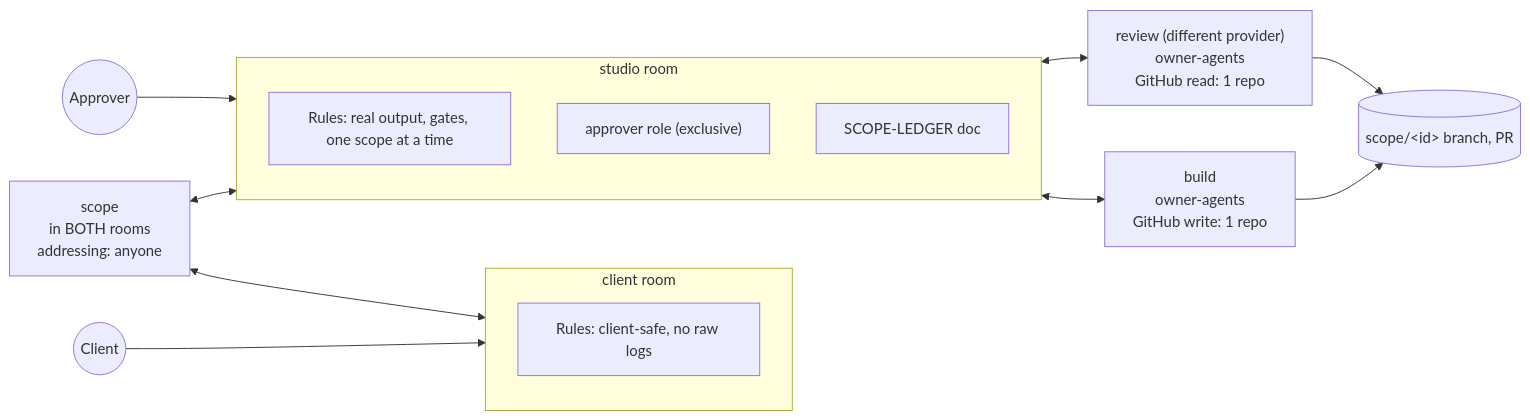
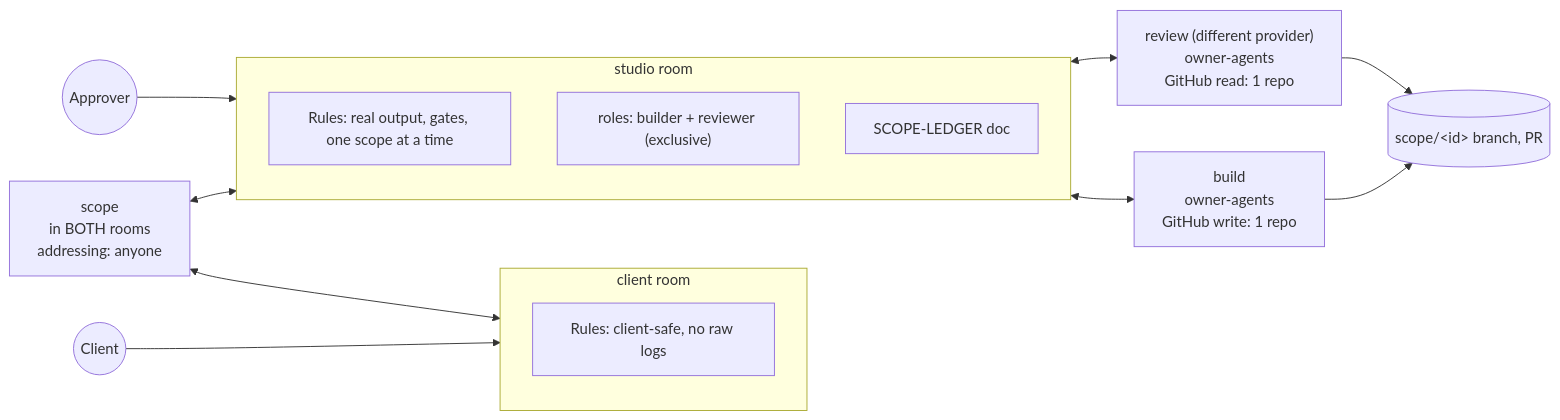
The second of 2 diagrams in README.md (MuhammadFaizan-prog/scoperoom), drawn with Mermaid before and after one commit. The commit also changed other lines of this file and 10 other files, not shown here.

Commit message:
docs: align every doc with the verified template (approver = deployer, builder/reviewer roles, Import template)

````diff
--- a/README.md
+++ b/README.md
@@ -95,21 +95,21 @@
 ```mermaid
 flowchart LR
     Client((Client)) --> CR
     subgraph CR["client room"]
       direction TB
       CRI["Rules: client-safe, no raw logs"]
     end
     subgraph SR["studio room"]
       direction TB
       SRI["Rules: real output, gates, one scope at a time"]
-      RO["approver role (exclusive)"]
+      RO["roles: builder + reviewer (exclusive)"]
       LD["SCOPE-LEDGER doc"]
     end
     Scope["scope<br/>in BOTH rooms<br/>addressing: anyone"] <--> CR
     Scope <--> SR
     Lead((Approver)) --> SR
     SR <--> Build["build<br/>owner-agents<br/>GitHub write: 1 repo"]
     SR <--> Review["review (different provider)<br/>owner-agents<br/>GitHub read: 1 repo"]
     Build --> Repo[(scope/&lt;id&gt; branch, PR)]
     Review --> Repo
 ```
````
